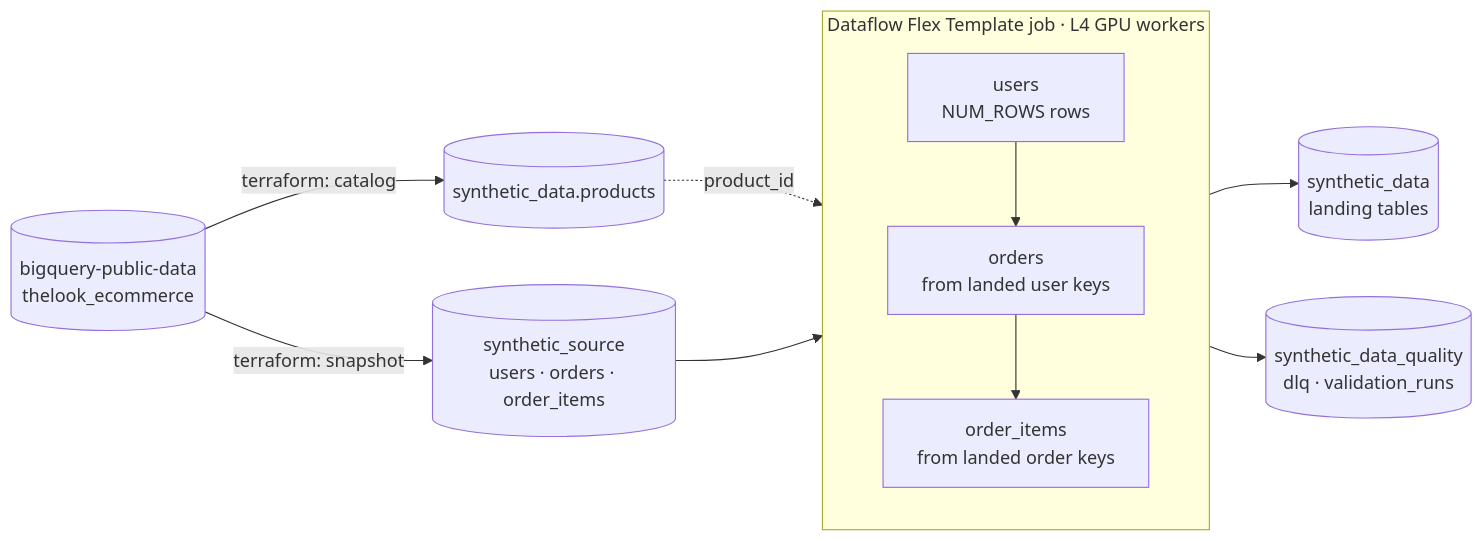
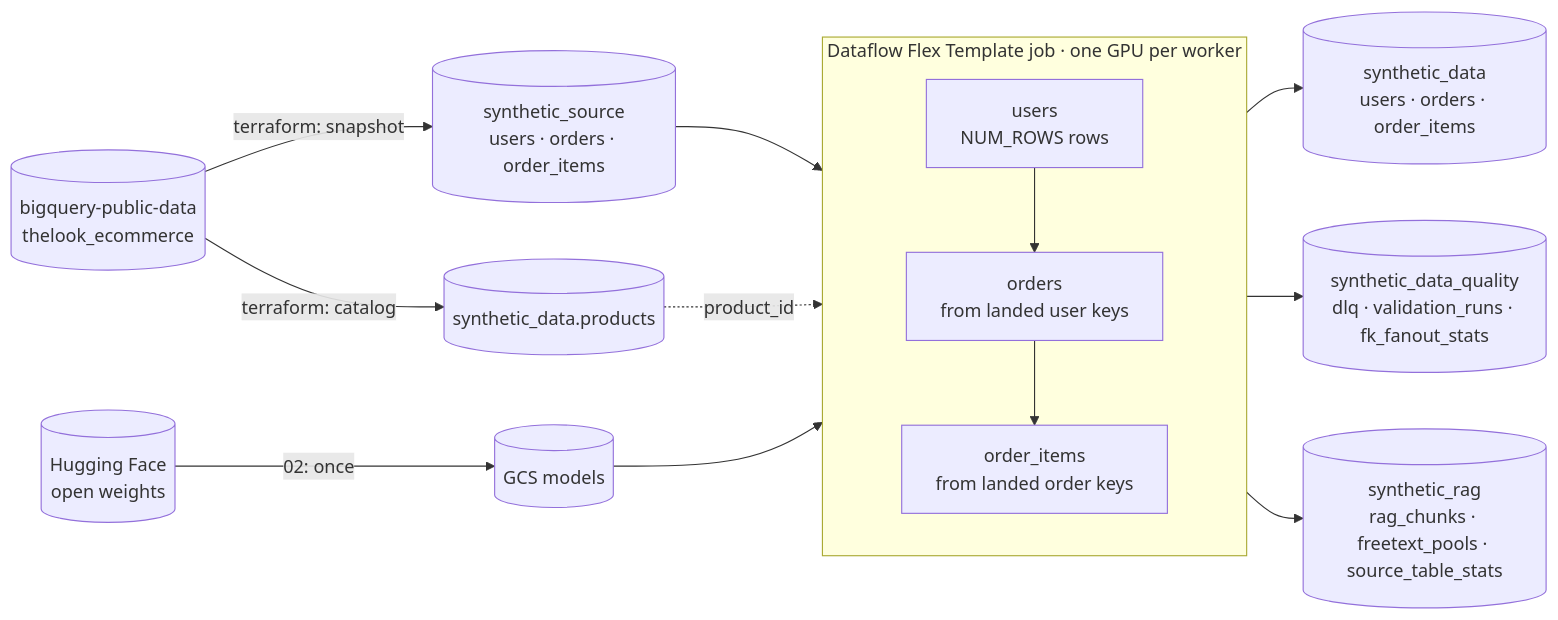
The diagram in dsg/pipeline/README.header.md (albertols/synthetic-llm-dataflow-bigquery), drawn with Mermaid before and after one commit. The commit also changed other lines of this file and 27 other files, not shown here.

First line of the commit message:
fix(dsg): thelook tables with the public and bq_schema schemas, versioned sync branches (#26)

````diff
--- a/dsg/pipeline/README.header.md
+++ b/dsg/pipeline/README.header.md
@@ -19,13 +19,16 @@
 ```mermaid
 flowchart LR
   pub[(bigquery-public-data<br/>thelook_ecommerce)] -->|terraform: snapshot| src[(synthetic_source<br/>users · orders · order_items)]
   pub -->|terraform: catalog| cat[(synthetic_data.products)]
+  hf[(Hugging Face<br/>open weights)] -->|02: once| gcs[(GCS models)]
+  gcs --> job
   src --> job
-  subgraph job [Dataflow Flex Template job · L4 GPU workers]
+  subgraph job [Dataflow Flex Template job · one GPU per worker]
     direction TB
     u[users<br/>NUM_ROWS rows] --> o[orders<br/>from landed user keys] --> i[order_items<br/>from landed order keys]
   end
   cat -.->|product_id| i
-  job --> land[(synthetic_data<br/>landing tables)]
-  job --> dq[(synthetic_data_quality<br/>dlq · validation_runs)]
+  job --> land[(synthetic_data<br/>users · orders · order_items)]
+  job --> dq[(synthetic_data_quality<br/>dlq · validation_runs · fk_fanout_stats)]
+  job --> rag[(synthetic_rag<br/>rag_chunks · freetext_pools · source_table_stats)]
 ```
````
